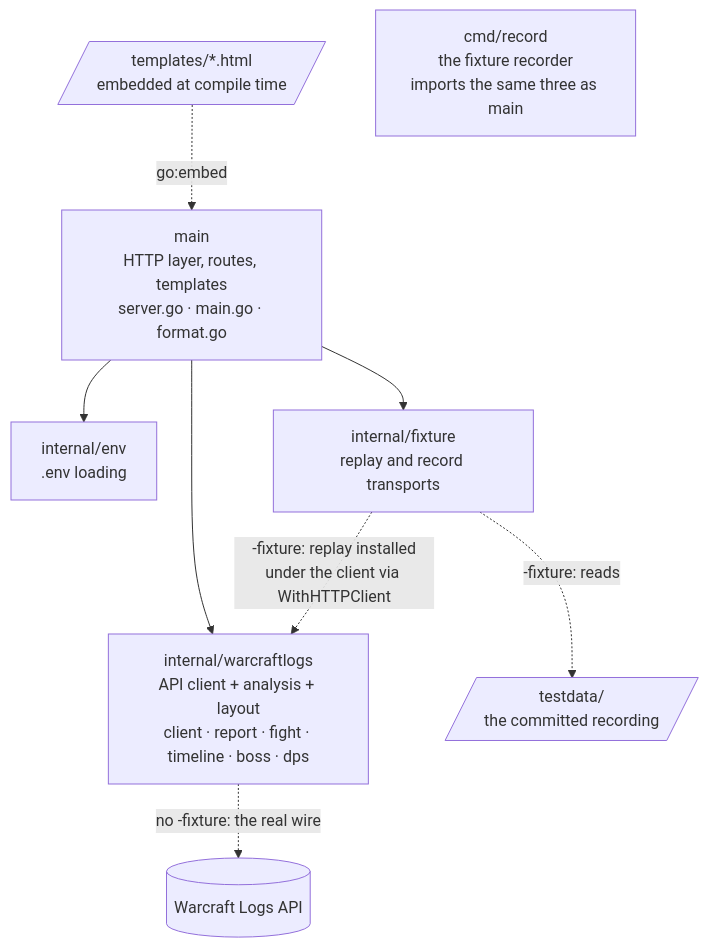
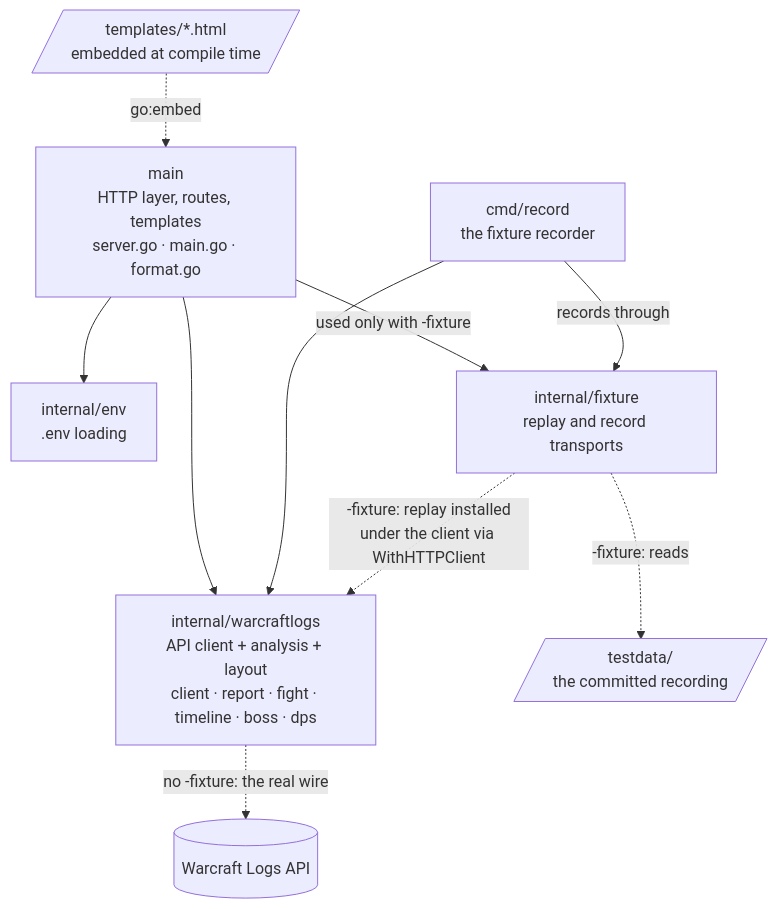
One commit to Gabriel2048/wow-insights changed the second of 3 diagrams in ARCHITECTURE.md. Above: the diagram before and after it, drawn with Mermaid. The commit also changed other lines of this file, not shown here.

Commit message:
Draw the recorder's edges to fixture and the client; label main's -fixture use
Claude-Session: https://claude.ai/code/session_01BQKntxwDvnhuBFrsNmRnie

````diff
--- a/ARCHITECTURE.md
+++ b/ARCHITECTURE.md
@@ -48,27 +47,26 @@
 ```mermaid
 flowchart TB
     %% verified: package graph
     templates[/"templates/*.html<br/>embedded at compile time"/]
     main["main<br/>HTTP layer, routes, templates<br/>server.go · main.go · format.go"]
-    record["cmd/record<br/>the fixture recorder<br/>imports the same three as main"]
+    record["cmd/record<br/>the fixture recorder"]
     env["internal/env<br/>.env loading"]
     fixture["internal/fixture<br/>replay and record transports"]
     warcraftlogs["internal/warcraftlogs<br/>API client + analysis + layout<br/>client · report · fight · timeline · boss · dps"]
     api[("Warcraft Logs API")]
     testdata[/"testdata/<br/>the committed recording"/]
 
     main --> env
-    main --> fixture
+    main -->|"used only with -fixture"| fixture
     main --> warcraftlogs
-
-    %% cmd/record's imports duplicate main's. They are declared here so the
-    %% test verifies them, and not drawn, so the picture stays readable.
+    record -->|"records through"| fixture
+    record --> warcraftlogs
+    %% cmd/record also imports env (for .env). Declared here so the test
+    %% verifies it, and not drawn: the line would only cross main's.
     %% record --> env
-    %% record --> fixture
-    %% record --> warcraftlogs
 
     templates -.->|"go:embed"| main
     warcraftlogs -.->|"no -fixture: the real wire"| api
     fixture -.->|"-fixture: replay installed<br/>under the client via WithHTTPClient"| warcraftlogs
     fixture -.->|"-fixture: reads"| testdata
 ```
````
